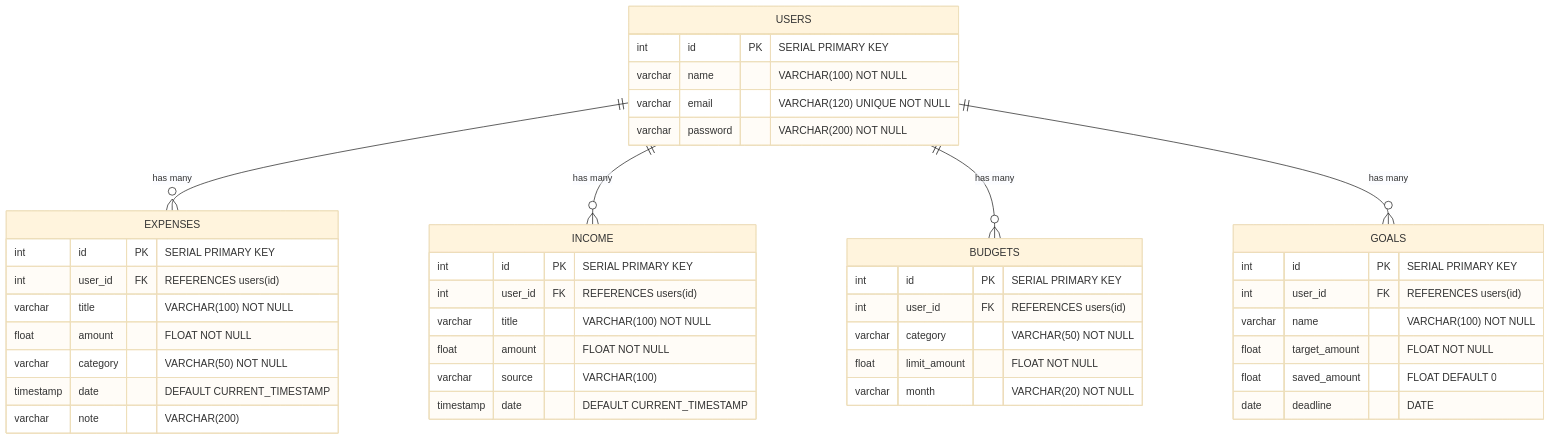
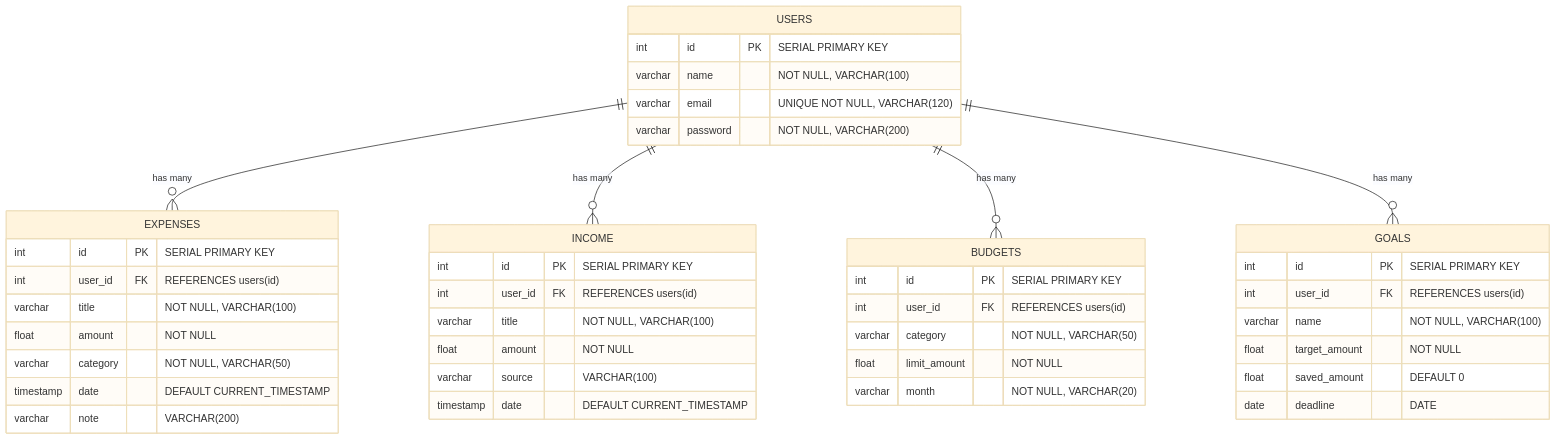
The fifth of 13 diagrams in Trackify_Blackbook.md (ayushsawant3478-web/Expense_tracker), drawn with Mermaid (base theme) before and after one commit. The commit also changed other lines of this file and 2 other files, not shown here.

````diff
--- a/Trackify_Blackbook.md
+++ b/Trackify_Blackbook.md
@@ -672,50 +707,50 @@
 ```mermaid
 erDiagram
     USERS {
         int id PK "SERIAL PRIMARY KEY"
-        varchar name "VARCHAR(100) NOT NULL"
-        varchar email "VARCHAR(120) UNIQUE NOT NULL"
-        varchar password "VARCHAR(200) NOT NULL"
+        varchar name "NOT NULL, VARCHAR(100)"
+        varchar email "UNIQUE NOT NULL, VARCHAR(120)"
+        varchar password "NOT NULL, VARCHAR(200)"
     }
 
     EXPENSES {
         int id PK "SERIAL PRIMARY KEY"
         int user_id FK "REFERENCES users(id)"
-        varchar title "VARCHAR(100) NOT NULL"
-        float amount "FLOAT NOT NULL"
-        varchar category "VARCHAR(50) NOT NULL"
+        varchar title "NOT NULL, VARCHAR(100)"
+        float amount "NOT NULL"
+        varchar category "NOT NULL, VARCHAR(50)"
         timestamp date "DEFAULT CURRENT_TIMESTAMP"
         varchar note "VARCHAR(200)"
     }
 
     INCOME {
         int id PK "SERIAL PRIMARY KEY"
         int user_id FK "REFERENCES users(id)"
-        varchar title "VARCHAR(100) NOT NULL"
-        float amount "FLOAT NOT NULL"
+        varchar title "NOT NULL, VARCHAR(100)"
+        float amount "NOT NULL"
         varchar source "VARCHAR(100)"
         timestamp date "DEFAULT CURRENT_TIMESTAMP"
     }
 
     BUDGETS {
         int id PK "SERIAL PRIMARY KEY"
         int user_id FK "REFERENCES users(id)"
-        varchar category "VARCHAR(50) NOT NULL"
-        float limit_amount "FLOAT NOT NULL"
-        varchar month "VARCHAR(20) NOT NULL"
+        varchar category "NOT NULL, VARCHAR(50)"
+        float limit_amount "NOT NULL"
+        varchar month "NOT NULL, VARCHAR(20)"
     }
 
     GOALS {
         int id PK "SERIAL PRIMARY KEY"
         int user_id FK "REFERENCES users(id)"
-        varchar name "VARCHAR(100) NOT NULL"
-        float target_amount "FLOAT NOT NULL"
-        float saved_amount "FLOAT DEFAULT 0"
+        varchar name "NOT NULL, VARCHAR(100)"
+        float target_amount "NOT NULL"
+        float saved_amount "DEFAULT 0"
         date deadline "DATE"
     }
 
     USERS ||--o{ EXPENSES : "has many"
     USERS ||--o{ INCOME : "has many"
     USERS ||--o{ BUDGETS : "has many"
     USERS ||--o{ GOALS : "has many"
 ```
````
